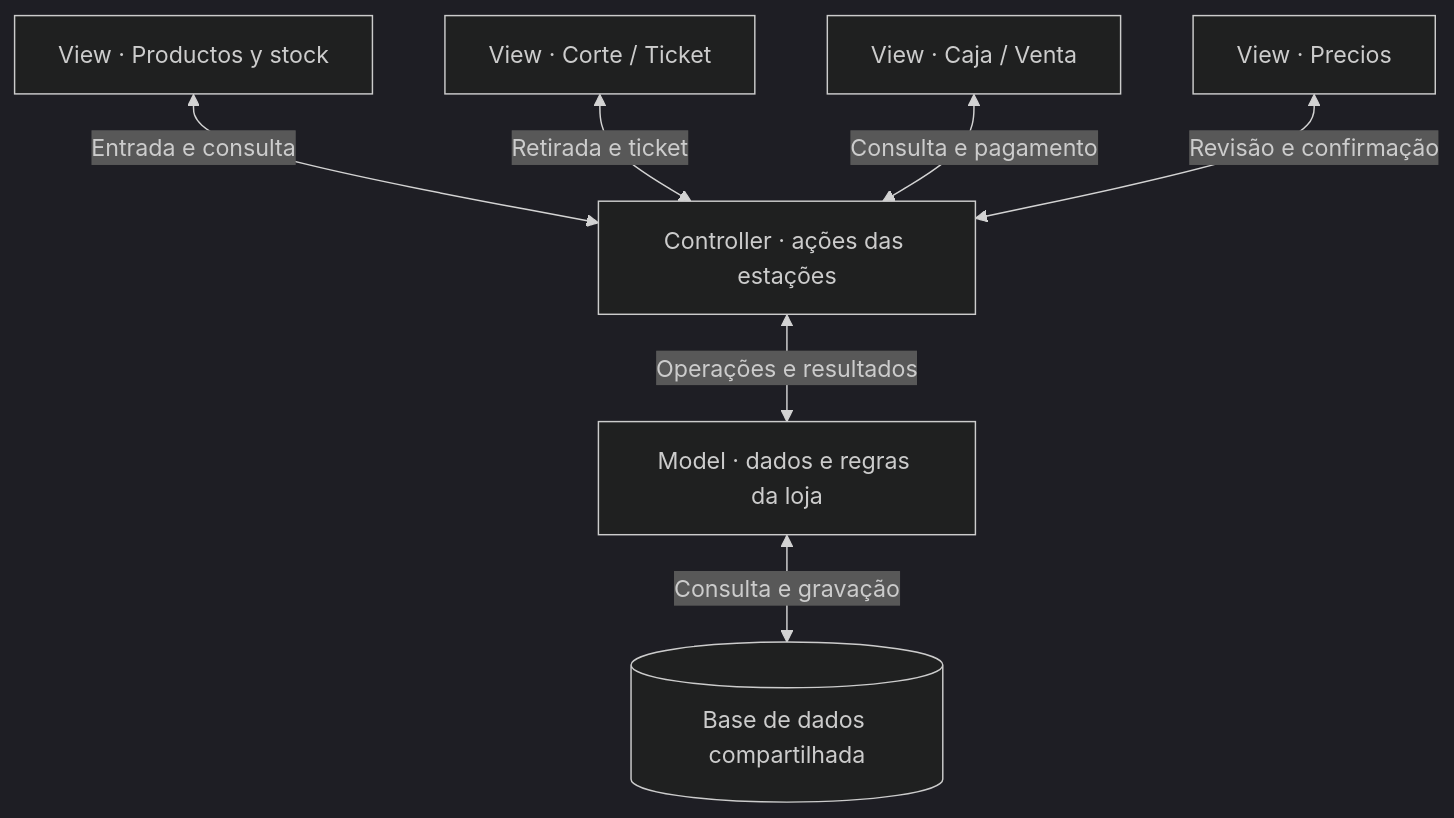
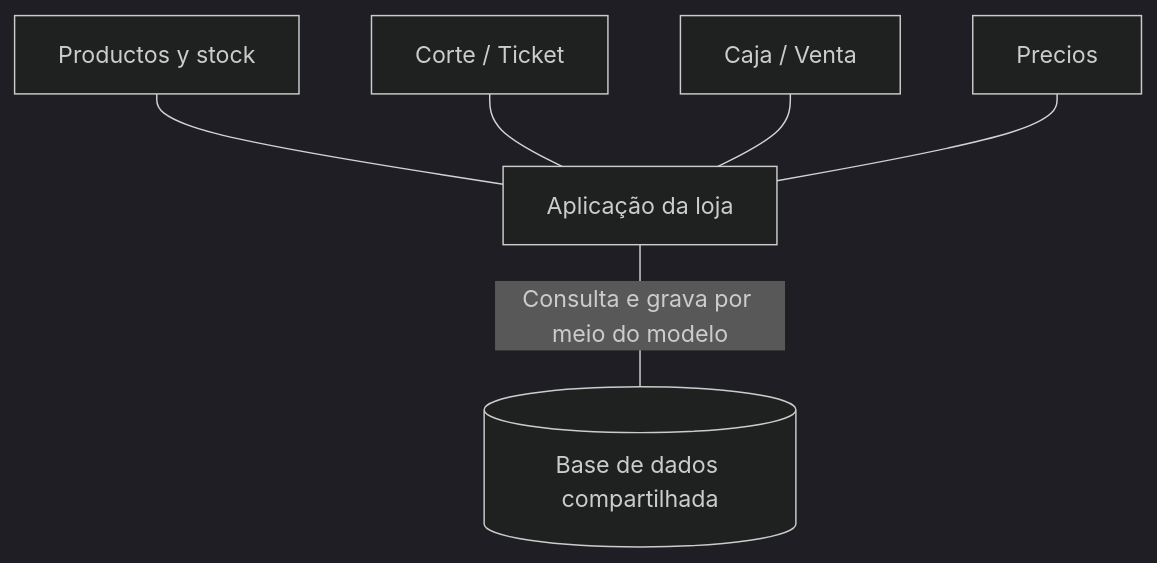
One commit to mauricioGutierrezz/Lojatelas changed the second of 3 diagrams in README.md. Above: the diagram before and after it, drawn with Mermaid (dark theme). The commit also changed other lines of this file, not shown here.

````diff
--- a/README.md
+++ b/README.md
@@ -24,9 +45,8 @@
 ```mermaid
 flowchart TD
-    Stock["View · Productos y stock"] <-->|"Entrada e consulta"| C["Controller · ações das estações"]
-    Cut["View · Corte / Ticket"] <-->|"Retirada e ticket"| C
-    Cash["View · Caja / Venta"] <-->|"Consulta e pagamento"| C
-    Prices["View · Precios"] <-->|"Revisão e confirmação"| C
-    C <-->|"Operações e resultados"| M["Model · dados e regras da loja"]
-    M <-->|"Consulta e gravação"| DB[("Base de dados compartilhada")]
+    S["Productos y stock"] --- A["Aplicação da loja"]
+    T["Corte / Ticket"] --- A
+    C["Caja / Venta"] --- A
+    P["Precios"] --- A
+    A ---|"Consulta e grava por meio do modelo"| DB[("Base de dados compartilhada")]
 ```
````
